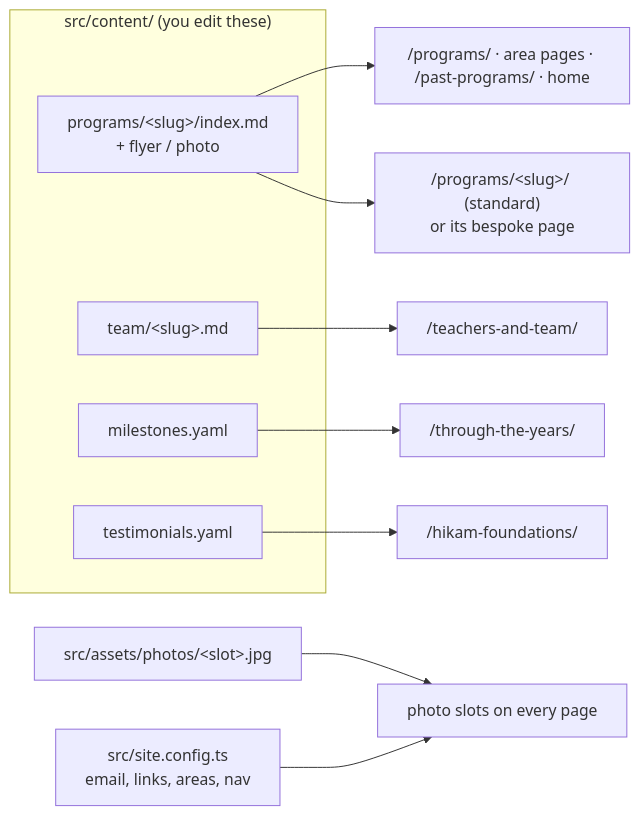
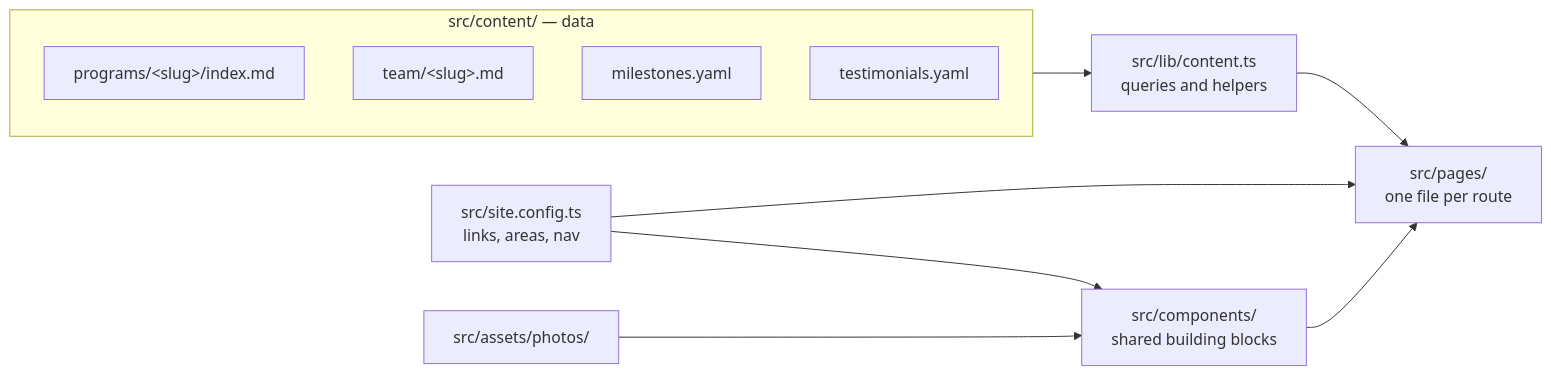
One commit to Sabeel-Institute/sabeel-website-test changed the first of 2 diagrams in AGENTS.md. Above: the diagram before and after it, drawn with Mermaid. The commit also changed other lines of this file and 3 other files, not shown here.

````diff
--- a/AGENTS.md
+++ b/AGENTS.md
@@ -22,18 +41,19 @@
 ```mermaid
 flowchart LR
-  subgraph content["src/content/ (you edit these)"]
-    P["programs/&lt;slug&gt;/index.md<br/>+ flyer / photo"]
+  subgraph content["src/content/ — data"]
+    P["programs/&lt;slug&gt;/index.md"]
     T["team/&lt;slug&gt;.md"]
     M["milestones.yaml"]
     Q["testimonials.yaml"]
   end
-  PH["src/assets/photos/&lt;slot&gt;.jpg"]
-  S["src/site.config.ts<br/>email, links, areas, nav"]
-  P --> PR["/programs/ · area pages · /past-programs/ · home"]
-  P --> PP["/programs/&lt;slug&gt;/ (standard)<br/>or its bespoke page"]
-  T --> TT["/teachers-and-team/"]
-  M --> TY["/through-the-years/"]
-  Q --> HF["/hikam-foundations/"]
-  PH --> ALL["photo slots on every page"]
-  S --> ALL
+  CFG["src/site.config.ts<br/>links, areas, nav"]
+  PH["src/assets/photos/"]
+  LIB["src/lib/content.ts<br/>queries and helpers"]
+  CMP["src/components/<br/>shared building blocks"]
+  PG["src/pages/<br/>one file per route"]
+  content --> LIB --> PG
+  CFG --> PG
+  CFG --> CMP
+  PH --> CMP
+  CMP --> PG
 ```
````
